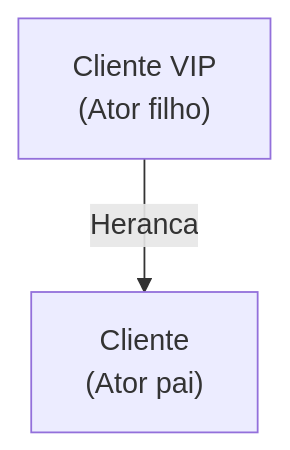
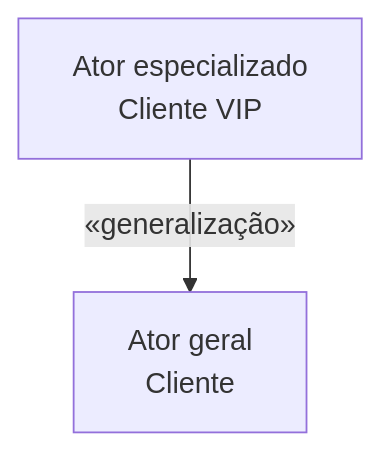
One commit to leorruas/puc changed the fifth of 11 diagrams in 07. Engenharia de Requisitos/08. Modelagem de requisitos com casos de uso e especificações textuais.md. Above: the diagram before and after it, drawn with Mermaid. The commit also changed other lines of this file, not shown here.

Commit message:
style(requisitos): aproximar casos de uso da notação uml

````diff
--- a/07. Engenharia de Requisitos/08. Modelagem de requisitos com casos de uso e especificações textuais.md
+++ b/07. Engenharia de Requisitos/08. Modelagem de requisitos com casos de uso e especificações textuais.md
@@ -145,4 +141,4 @@
 ```mermaid
 flowchart TD
-    VIP["Cliente VIP<br>(Ator filho)"] -->|Heranca| Cliente["Cliente<br>(Ator pai)"]
+    VIP["Ator especializado<br>Cliente VIP"]:::external -->|"«generalização»"| Cliente["Ator geral<br>Cliente"]:::external
 ```
````
